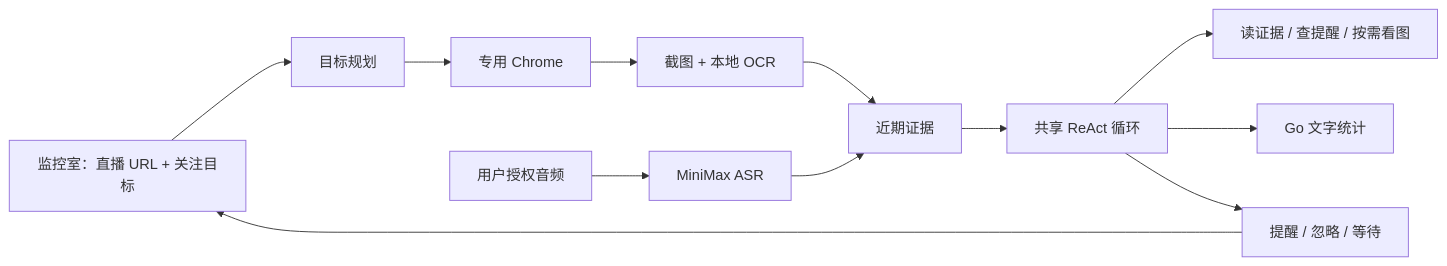
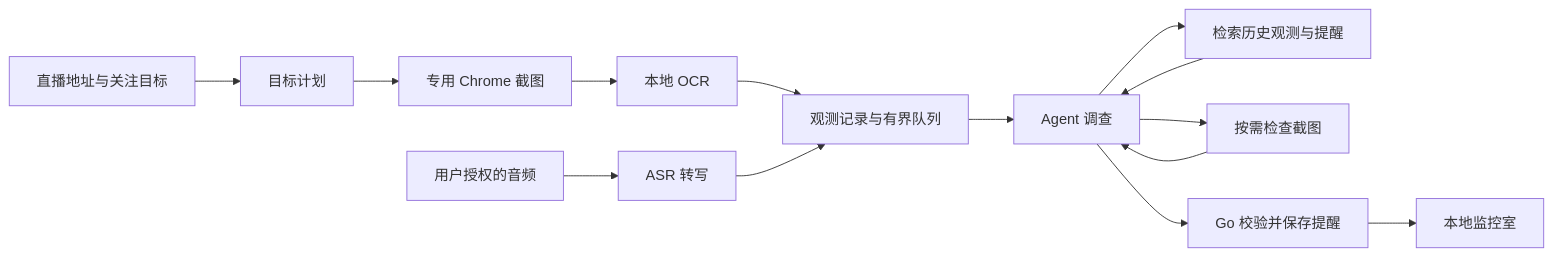
One commit to sdaAlbert/liveguard changed the diagram in README.md. Above: the diagram before and after it, drawn with Mermaid. The commit also changed other lines of this file and 85 other files, not shown here.

````diff
--- a/README.md
+++ b/README.md
@@ -34,14 +18,16 @@
 ```mermaid
 flowchart LR
-    U[监控室：直播 URL + 关注目标] --> P[目标规划]
-    P --> C[专用 Chrome]
-    C --> O[截图 + 本地 OCR]
-    A[用户授权音频] --> ASR[MiniMax ASR]
-    O --> E[近期证据]
-    ASR --> E
-    E --> R[共享 ReAct 循环]
-    R --> T[读证据 / 查提醒 / 按需看图]
-    R --> D[Go 文字统计]
-    R --> V[提醒 / 忽略 / 等待]
-    V --> U
+    U[直播地址与关注目标] --> P[目标计划]
+    P --> C[专用 Chrome 截图]
+    C --> O[本地 OCR]
+    A[用户授权的音频] --> S[ASR 转写]
+    O --> Q[观测记录与有界队列]
+    S --> Q
+    Q --> R[Agent 调查]
+    R --> H[检索历史观测与提醒]
+    R --> V[按需检查截图]
+    H --> R
+    V --> R
+    R --> G[Go 校验并保存提醒]
+    G --> UI[本地监控室]
 ```
````
